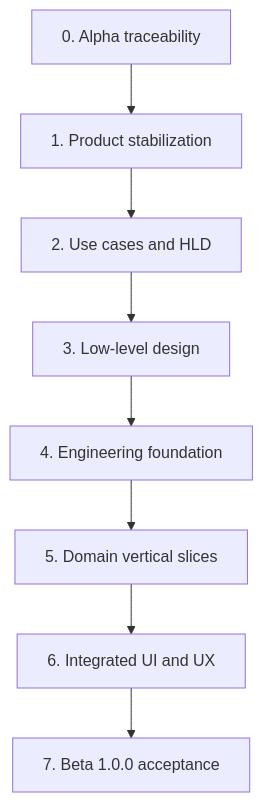
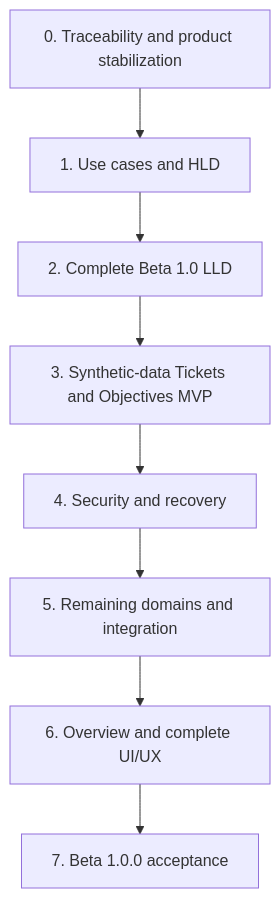
One commit to guidoduchi/soma-beta changed the diagram in docs/ROADMAP.md. Above: the diagram before and after it, drawn with Mermaid. The commit also changed other lines of this file, not shown here.

Commit message:
docs: align roadmap with reviewed delivery gates

```diff
--- a/docs/ROADMAP.md
+++ b/docs/ROADMAP.md
@@ -11,10 +11,10 @@
 ~~~mermaid
 flowchart TD
-    A["0. Alpha traceability"] --> B["1. Product stabilization"]
-    B --> C["2. Use cases and HLD"]
-    C --> D["3. Low-level design"]
-    D --> E["4. Engineering foundation"]
-    E --> F["5. Domain vertical slices"]
-    F --> G["6. Integrated UI and UX"]
+    A["0. Traceability and product stabilization"] --> B["1. Use cases and HLD"]
+    B --> C["2. Complete Beta 1.0 LLD"]
+    C --> D["3. Synthetic-data Tickets and Objectives MVP"]
+    D --> E["4. Security and recovery"]
+    E --> F["5. Remaining domains and integration"]
+    F --> G["6. Overview and complete UI/UX"]
     G --> H["7. Beta 1.0.0 acceptance"]
 ~~~
```
